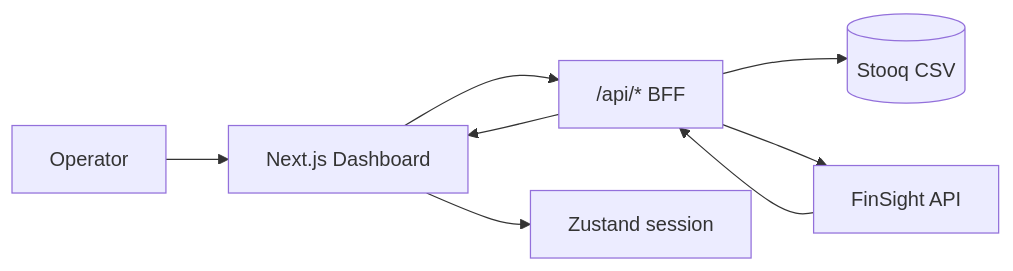
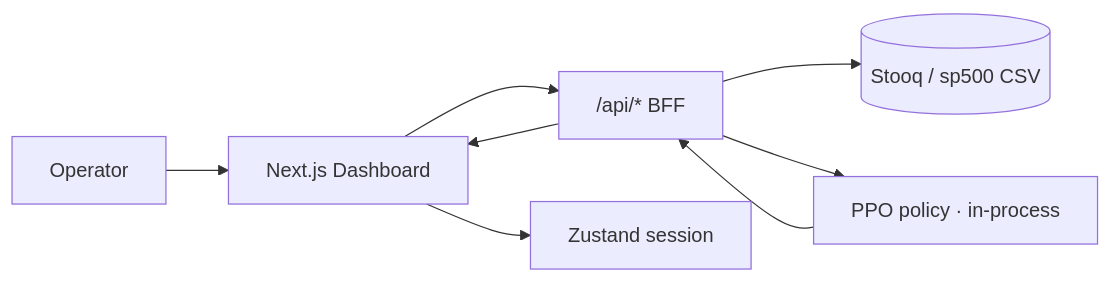
One commit to sidnei-almeida/ai-trading-signals-dashboard changed the diagram in README.md. Above: the diagram before and after it, drawn with Mermaid. The commit also changed other lines of this file and 30 other files, not shown here.

First line of the commit message:
feat: run the PPO policy in-process instead of calling a remote API

````diff
--- a/README.md
+++ b/README.md
@@ -52,16 +61,16 @@
 ```mermaid
 flowchart LR
   USER[Operator]
   UI[Next.js Dashboard]
   BFF["/api/* BFF"]
-  STOOQ[(Stooq CSV)]
-  API[FinSight API]
+  STOOQ[(Stooq / sp500 CSV)]
+  PPO[PPO policy · in-process]
   STORE[Zustand session]
 
   USER --> UI
   UI --> STORE
   UI --> BFF
   BFF --> STOOQ
-  BFF --> API
-  API --> BFF --> UI
+  BFF --> PPO
+  PPO --> BFF --> UI
 ```
````
